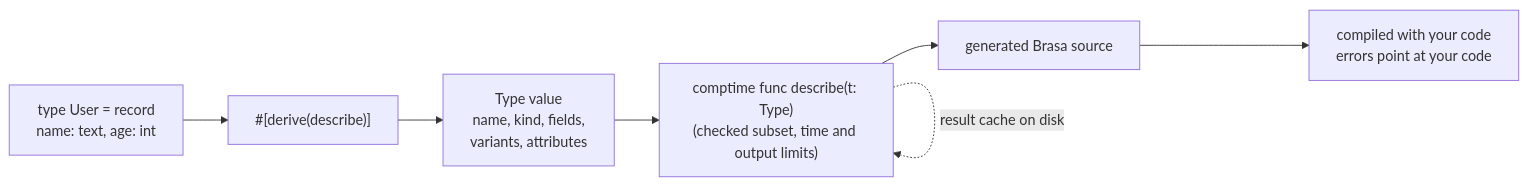
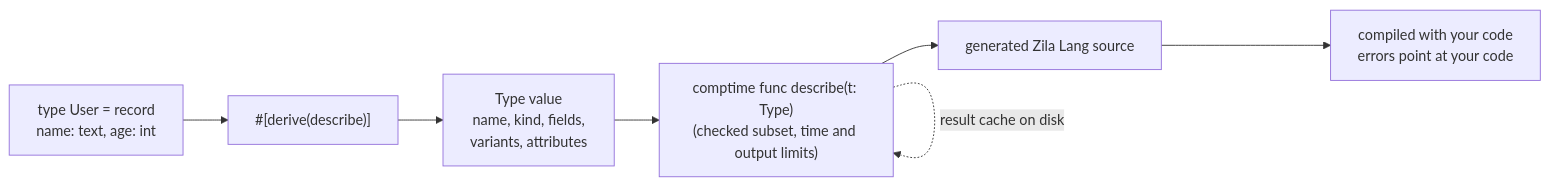
Before and after one commit to code4performance/zila: the sixth of 7 diagrams in README.md, drawn with Mermaid. The commit also changed other lines of this file and 251 other files, not shown here.

First line of the commit message:
Rename the language to Zila Lang

````diff
--- a/README.md
+++ b/README.md
@@ -182,9 +175,9 @@
 ```mermaid
 flowchart LR
     T["type User = record<br/>name: text, age: int"] --> ATTR["#[derive(describe)]"]
     ATTR --> REF["Type value<br/>name, kind, fields,<br/>variants, attributes"]
     REF --> GENF["comptime func describe(t: Type)<br/>(checked subset, time and output limits)"]
-    GENF --> SRC2["generated Brasa source"]
+    GENF --> SRC2["generated Zila Lang source"]
     SRC2 --> BACK["compiled with your code<br/>errors point at your code"]
     GENF -. "result cache on disk" .-> GENF
 ```
````
